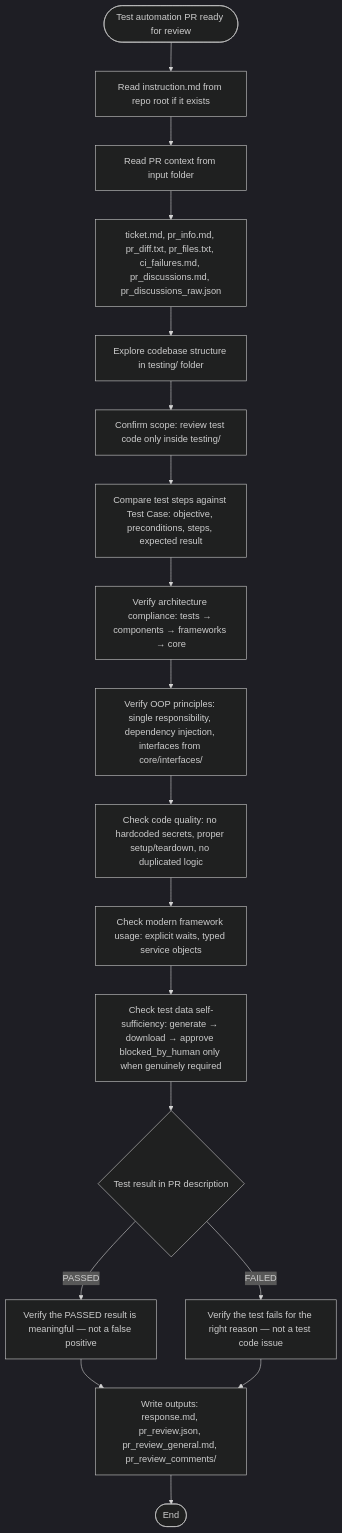
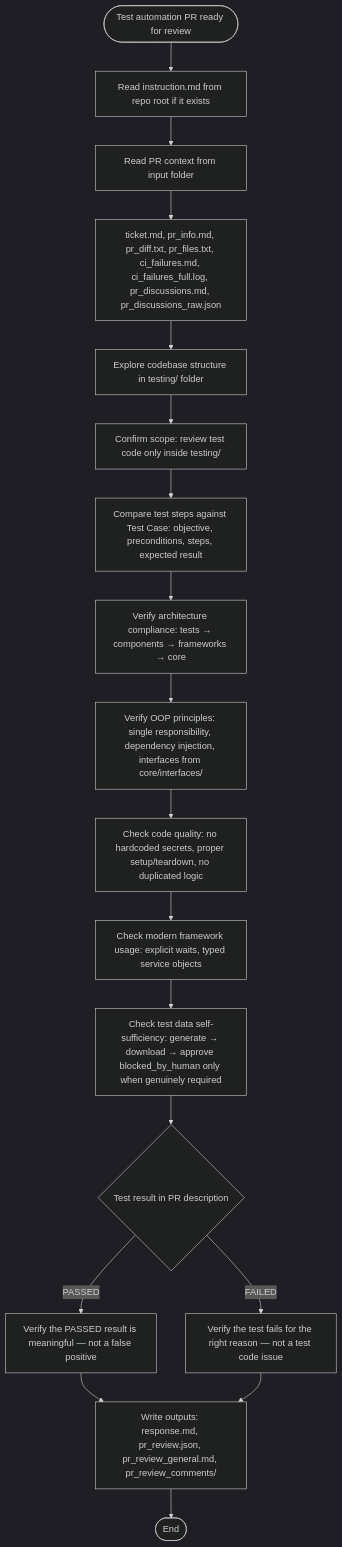
The diagram in instructions/pr_test_automation_review/general_guidelines.md (IstiN/dmtools-agents), drawn with Mermaid (dark theme) before and after one commit. The commit also changed 22 other files, not shown here.

Commit message:
feat(agents): keep 500-line summary in ci_failures.md and write full logs to ci_failures_full.log

````diff
--- a/instructions/pr_test_automation_review/general_guidelines.md
+++ b/instructions/pr_test_automation_review/general_guidelines.md
@@ -1,20 +1,20 @@
 ```mermaid
 flowchart TD
     START([Test automation PR ready for review]) --> PROJ["Read instruction.md from repo root if it exists"]
     PROJ --> INPUT["Read PR context from input folder"]
-    INPUT --> INPUTS["ticket.md, pr_info.md, pr_diff.txt, pr_files.txt, ci_failures.md, pr_discussions.md, pr_discussions_raw.json"]
+    INPUT --> INPUTS["ticket.md, pr_info.md, pr_diff.txt, pr_files.txt, ci_failures.md, ci_failures_full.log, pr_discussions.md, pr_discussions_raw.json"]
     INPUTS --> EXPLORE["Explore codebase structure in testing/ folder"]
     EXPLORE --> SCOPE["Confirm scope: review test code only inside testing/"]
     SCOPE --> CORRECT["Compare test steps against Test Case: objective, preconditions, steps, expected result"]
     CORRECT --> ARCH["Verify architecture compliance: tests → components → frameworks → core"]
     ARCH --> OOP["Verify OOP principles: single responsibility, dependency injection, interfaces from core/interfaces/"]
     OOP --> QUALITY["Check code quality: no hardcoded secrets, proper setup/teardown, no duplicated logic"]
     QUALITY --> MODERN["Check modern framework usage: explicit waits, typed service objects"]
     MODERN --> DATA["Check test data self-sufficiency: generate → download → approve blocked_by_human only when genuinely required"]
     DATA --> RESULT{Test result in PR description}
     RESULT -->|PASSED| PASSED_REVIEW["Verify the PASSED result is meaningful — not a false positive"]
     RESULT -->|FAILED| FAILED_REVIEW["Verify the test fails for the right reason — not a test code issue"]
     PASSED_REVIEW --> OUTPUT[Write outputs: response.md, pr_review.json, pr_review_general.md, pr_review_comments/]
     FAILED_REVIEW --> OUTPUT
     OUTPUT --> END([End])
 ```
````
